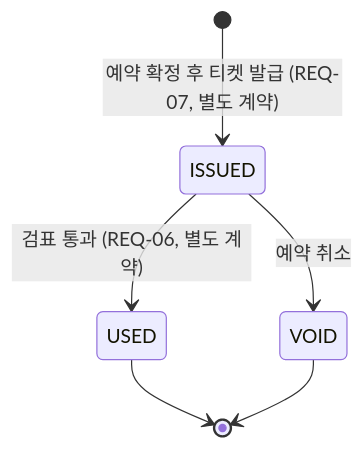
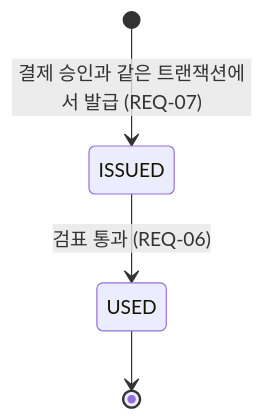
The fourth of 5 diagrams in docs/state-transitions.md (inhalab/holdfast), drawn with Mermaid before and after one commit. The commit also changed other lines of this file and 16 other files, not shown here.

````diff
--- a/docs/state-transitions.md
+++ b/docs/state-transitions.md
@@ -180,8 +178,6 @@
 ```mermaid
 stateDiagram-v2
-    [*] --> ISSUED : 예약 확정 후 티켓 발급 (REQ-07, 별도 계약)
-    ISSUED --> USED : 검표 통과 (REQ-06, 별도 계약)
-    ISSUED --> VOID : 예약 취소
+    [*] --> ISSUED : 결제 승인과 같은 트랜잭션에서 발급 (REQ-07)
+    ISSUED --> USED : 검표 통과 (REQ-06)
     USED --> [*]
-    VOID --> [*]
 ```
````
